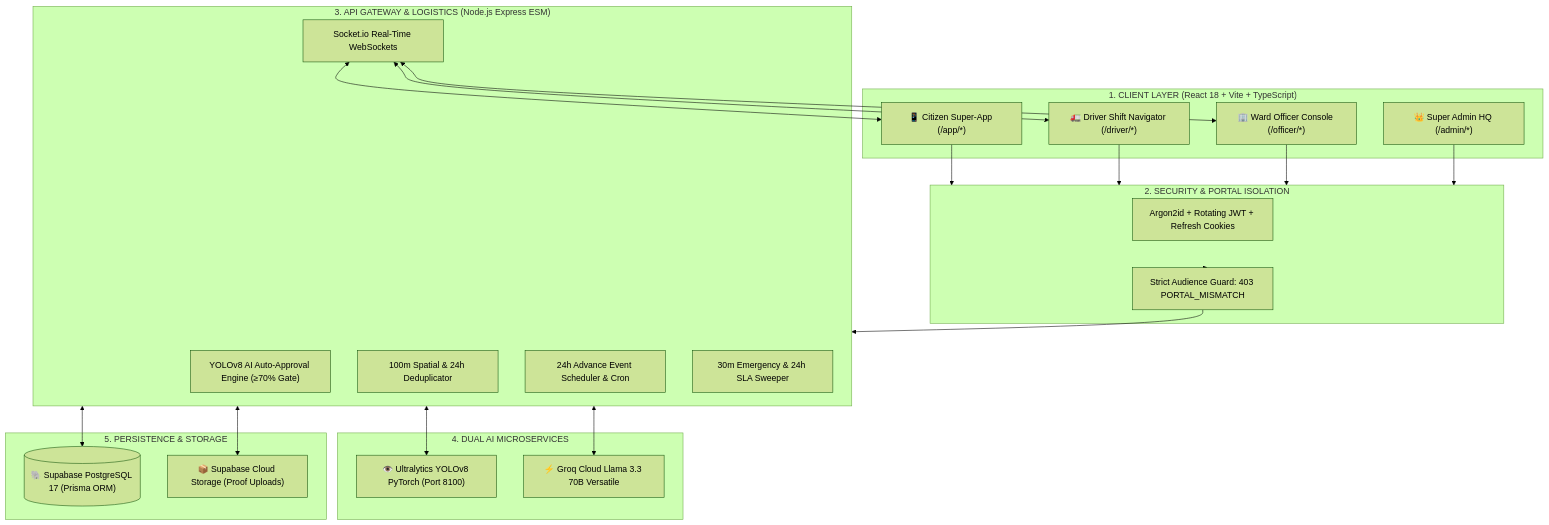
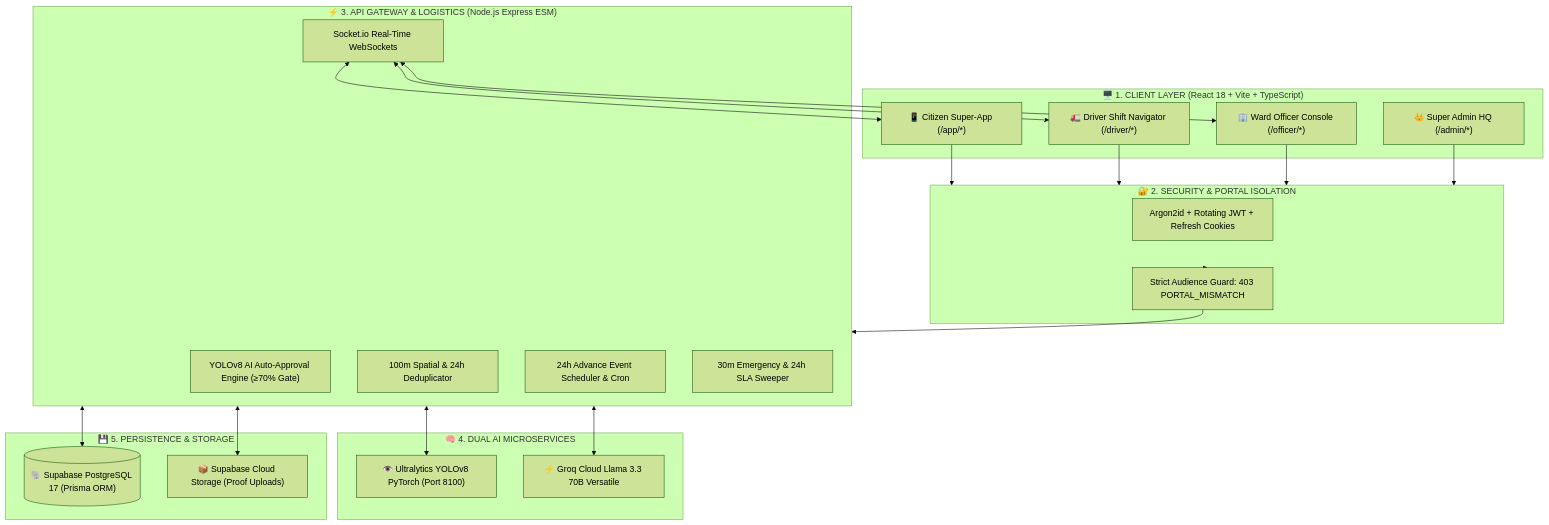
Before and after one commit to Parthh1002/SafaaiSarathi2.0: the diagram in README.md, drawn with Mermaid (forest theme). The commit also changed other lines of this file and 1 other file, not shown here.

````diff
--- a/README.md
+++ b/README.md
@@ -116,40 +144,40 @@
 ```mermaid
 flowchart TB
-    subgraph ClientLayer ["1. CLIENT LAYER (React 18 + Vite + TypeScript)"]
+    subgraph ClientLayer ["🖥️ 1. CLIENT LAYER (React 18 + Vite + TypeScript)"]
         CP["📱 Citizen Super-App (/app/*)"]
         DP["🚛 Driver Shift Navigator (/driver/*)"]
         OP["🏢 Ward Officer Console (/officer/*)"]
         AP["👑 Super Admin HQ (/admin/*)"]
     end
 
-    subgraph SecurityGate ["2. SECURITY & PORTAL ISOLATION"]
+    subgraph SecurityGate ["🔐 2. SECURITY & PORTAL ISOLATION"]
         AUTH["Argon2id + Rotating JWT + Refresh Cookies"]
         GUARD["Strict Audience Guard: 403 PORTAL_MISMATCH"]
     end
 
-    subgraph BackendCore ["3. API GATEWAY & LOGISTICS (Node.js Express ESM)"]
+    subgraph BackendCore ["⚡ 3. API GATEWAY & LOGISTICS (Node.js Express ESM)"]
         TRIAGE["YOLOv8 AI Auto-Approval Engine (≥70% Gate)"]
         DEDUP["100m Spatial & 24h Deduplicator"]
         SCHED["24h Advance Event Scheduler & Cron"]
         ESCAL["30m Emergency & 24h SLA Sweeper"]
         SOCKET["Socket.io Real-Time WebSockets"]
     end
 
-    subgraph AIEngines ["4. DUAL AI MICROSERVICES"]
+    subgraph AIEngines ["🧠 4. DUAL AI MICROSERVICES"]
         YOLO["👁️ Ultralytics YOLOv8 PyTorch (Port 8100)"]
         GROQ["⚡ Groq Cloud Llama 3.3 70B Versatile"]
     end
 
-    subgraph DataStorage ["5. PERSISTENCE & STORAGE"]
+    subgraph DataStorage ["💾 5. PERSISTENCE & STORAGE"]
         PG[("🐘 Supabase PostgreSQL 17 (Prisma ORM)")]
         S3["📦 Supabase Cloud Storage (Proof Uploads)"]
     end
 
     CP & DP & OP & AP --> SecurityGate
     SecurityGate --> GUARD --> BackendCore
     BackendCore <--> YOLO
     BackendCore <--> GROQ
     BackendCore <--> PG
     BackendCore <--> S3
     SOCKET <--> CP & DP & OP
 ```
````
